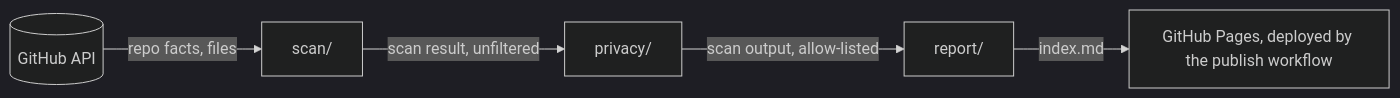
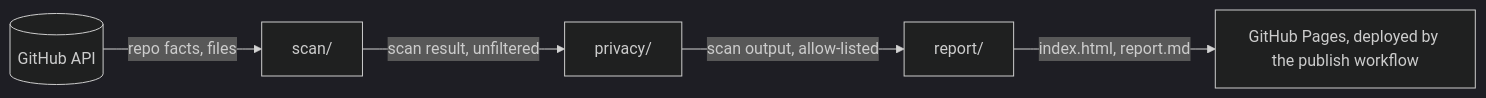
Before and after one commit to flegaspi700/portfolio-dashboard: the diagram in docs/architecture.md, drawn with Mermaid (dark theme). The commit also changed other lines of this file and 15 other files, not shown here.

````diff
--- a/docs/architecture.md
+++ b/docs/architecture.md
@@ -17,7 +17,7 @@
 ```mermaid
 flowchart LR
     gh[("GitHub API")] -- "repo facts, files" --> scan["scan/"]
     scan -- "scan result, unfiltered" --> privacy["privacy/"]
     privacy -- "scan output, allow-listed" --> report["report/"]
-    report -- "index.md" --> pages["GitHub Pages, deployed by the publish workflow"]
+    report -- "index.html, report.md" --> pages["GitHub Pages, deployed by the publish workflow"]
 ```
````
